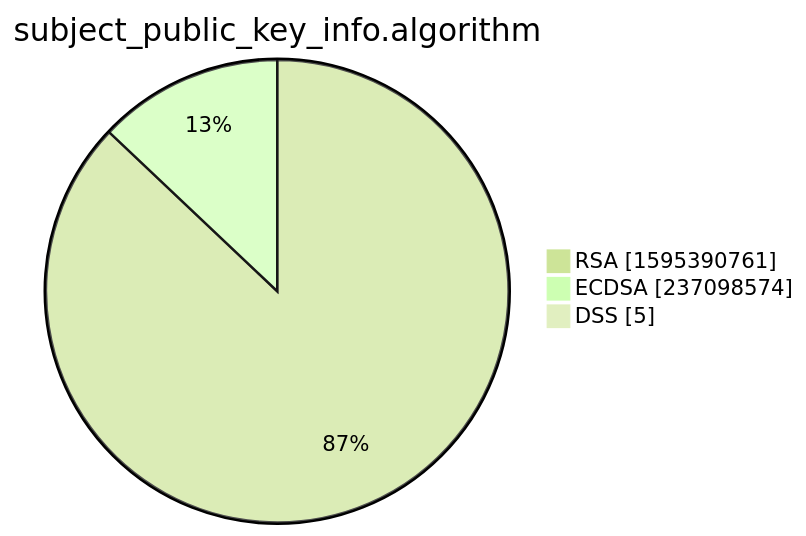
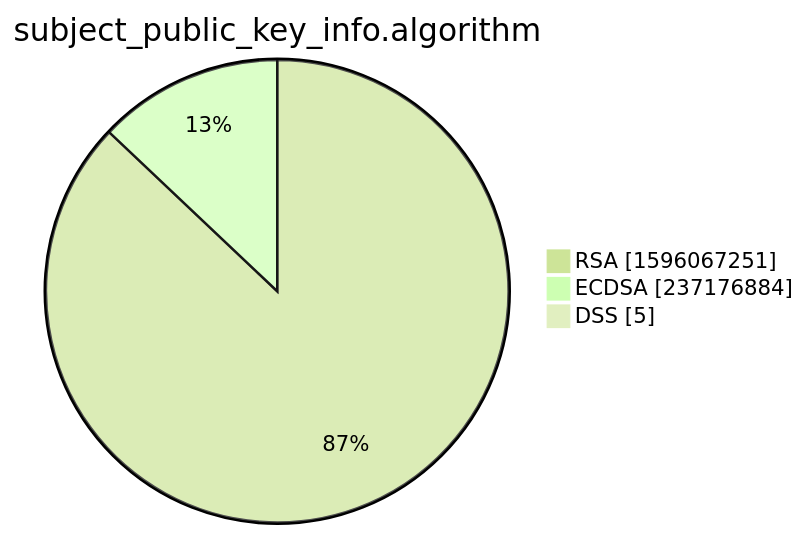
One commit to christiankrug/ctmonitor_visualization changed the third of 15 diagrams in xenon2022/README.md. Above: the diagram before and after it, drawn with Mermaid (forest theme). The commit also changed other lines of this file, not shown here.

````diff
--- a/xenon2022/README.md
+++ b/xenon2022/README.md
@@ -14,7 +14,7 @@
 ```mermaid
 pie showData
 title subject_public_key_info.algorithm
-"RSA" :1595390761
-"ECDSA" :237098574
+"RSA" :1596067251
+"ECDSA" :237176884
 "DSS" :5
 ```
````
